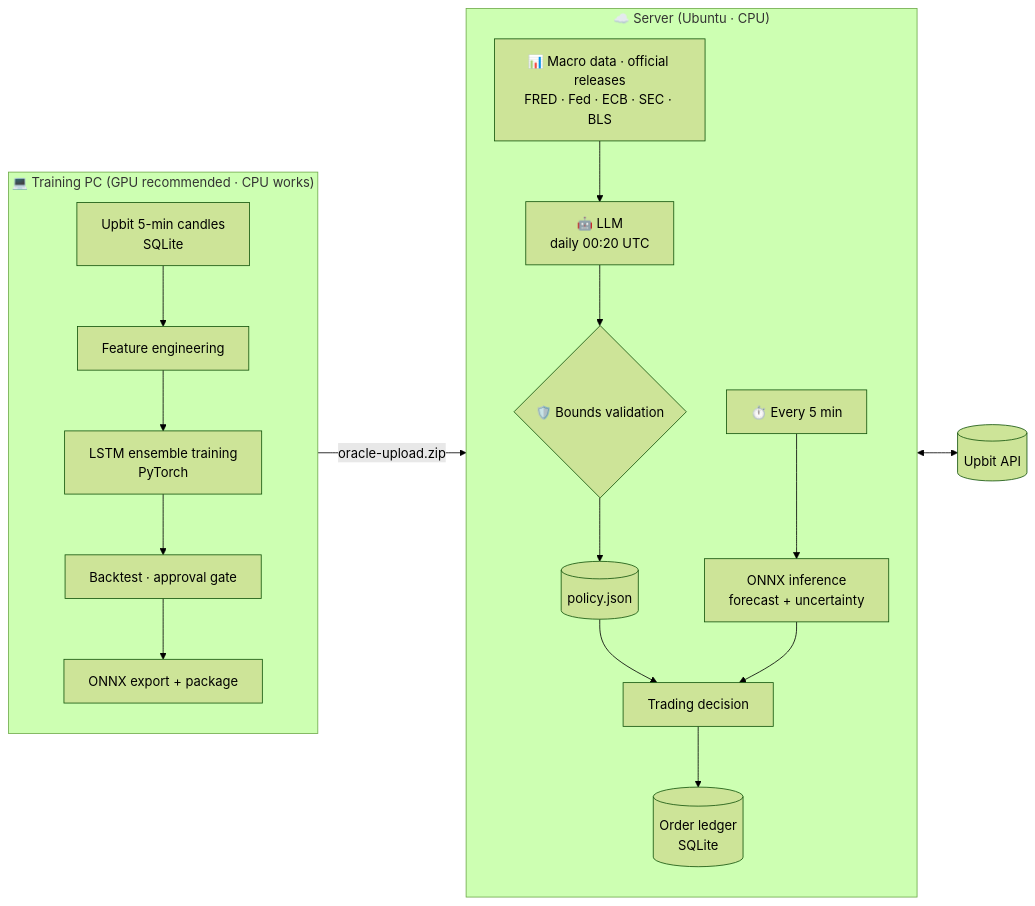
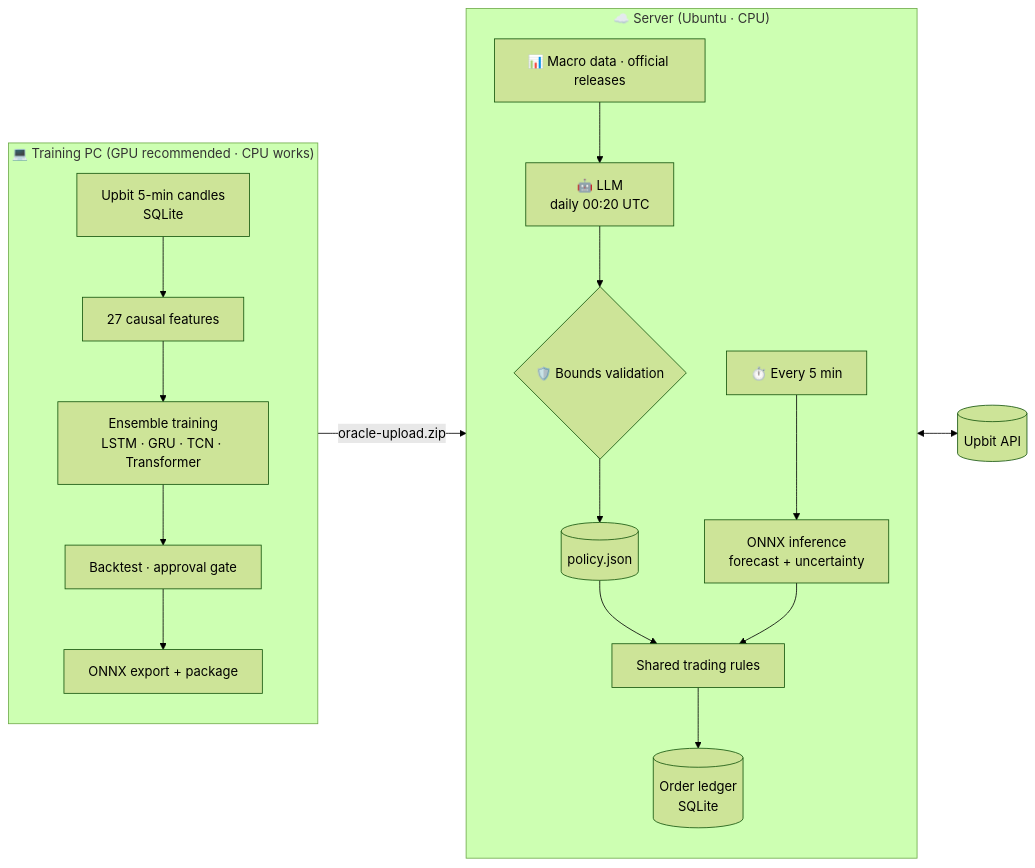
One commit to rottenbutcher/upbit-lstm-trader changed the first of 2 diagrams in README.md. Above: the diagram before and after it, drawn with Mermaid (forest theme). The commit also changed other lines of this file, not shown here.

First line of the commit message:
Redesign README: model zoo, trading rules, verification, timeline, roadmap

````diff
--- a/README.md
+++ b/README.md
@@ -94,24 +373,24 @@
 ```mermaid
 flowchart LR
     subgraph PC["💻 Training PC (GPU recommended · CPU works)"]
         direction TB
-        A[Upbit 5-min candles<br/>SQLite] --> B[Feature engineering]
-        B --> C[LSTM ensemble training<br/>PyTorch]
+        A[Upbit 5-min candles<br/>SQLite] --> B[27 causal features]
+        B --> C[Ensemble training<br/>LSTM · GRU · TCN · Transformer]
         C --> D[Backtest · approval gate]
         D --> E[ONNX export + package]
     end
 
     subgraph SRV["☁️ Server (Ubuntu · CPU)"]
         direction TB
-        F[📊 Macro data · official releases<br/>FRED · Fed · ECB · SEC · BLS] --> G[🤖 LLM<br/>daily 00:20 UTC]
+        F[📊 Macro data · official releases] --> G[🤖 LLM<br/>daily 00:20 UTC]
         G --> H{🛡️ Bounds validation}
         H --> I[(policy.json)]
         J[⏱️ Every 5 min] --> K[ONNX inference<br/>forecast + uncertainty]
-        I --> L[Trading decision]
+        I --> L[Shared trading rules]
         K --> L
         L --> M[(Order ledger<br/>SQLite)]
     end
 
     E -- oracle-upload.zip --> K
     L <--> N[(Upbit API)]
 ```
````
